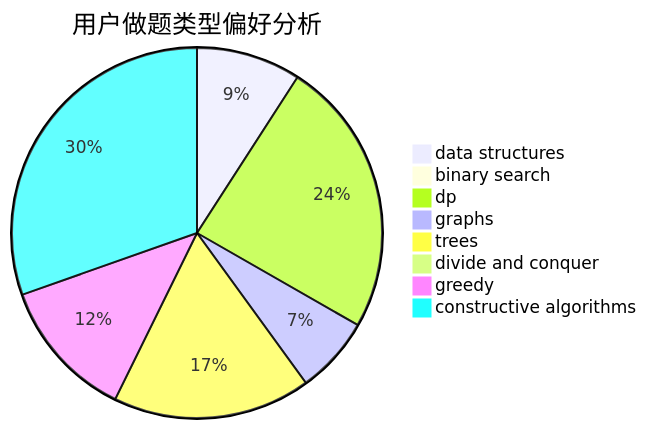
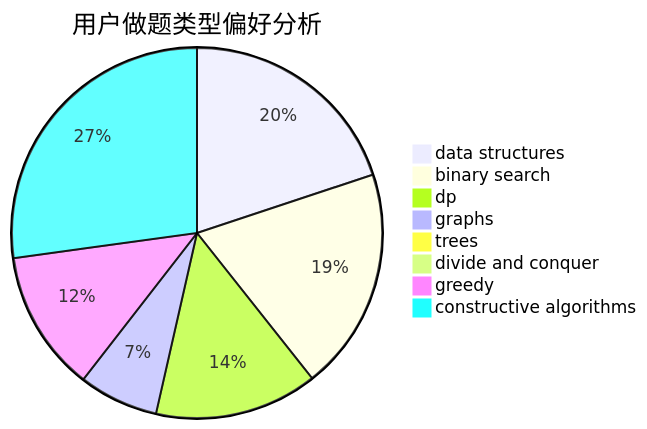
Before and after one commit to sherpahu/cfrs.github.io: the second of 3 diagrams in docs/user/u1929.md, drawn with Mermaid. The commit also changed other lines of this file and 2770 other files, not shown here.

````diff
--- a/docs/user/u1929.md
+++ b/docs/user/u1929.md
@@ -23,11 +23,11 @@
 ```mermaid
 pie title 用户做题类型偏好分析
-    "data structures" :  57
-    "binary search" :  6
-    "dp" :  151
-    "graphs" :  42
-    "trees" :  108
+    "data structures" :  126
+    "binary search" :  123
+    "dp" :  90
+    "graphs" :  44
+    "trees" :  2
     "divide and conquer" :  0
-    "greedy" :  77
-    "constructive algorithms" :  190
+    "greedy" :  78
+    "constructive algorithms" :  172
 ```
````
